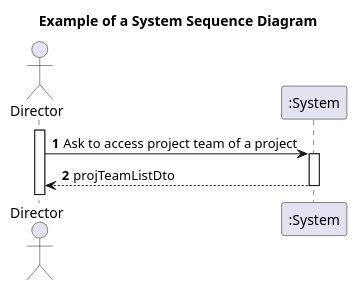
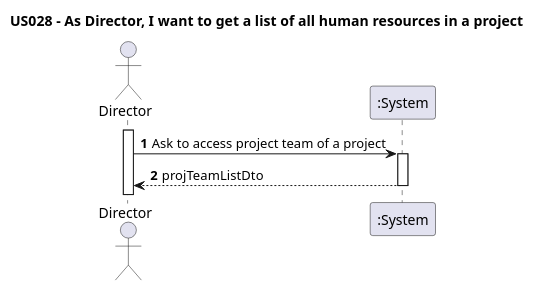
Before and after one commit to nunogon1211787/projectManagement: the diagram in docs/Sprint3/US028/US028-SSD.puml, drawn with PlantUML. The commit also changed 3 other files, not shown here.

```diff
--- a/docs/Sprint3/US028/US028-SSD.puml
+++ b/docs/Sprint3/US028/US028-SSD.puml
@@ -1,17 +1,17 @@
 @startuml
 'https://plantuml.com/sequence-diagram
 
-title Example of a System Sequence Diagram
+title US028 - As Director, I want to get a list of all human resources in a project
 
 autoactivate on
 autonumber
 
 actor "Director" as Director
 participant ":System" as System
 
 activate Director
 
 Director -> System: Ask to access project team of a project
 System --> Director: projTeamListDto
 
 @enduml
```
